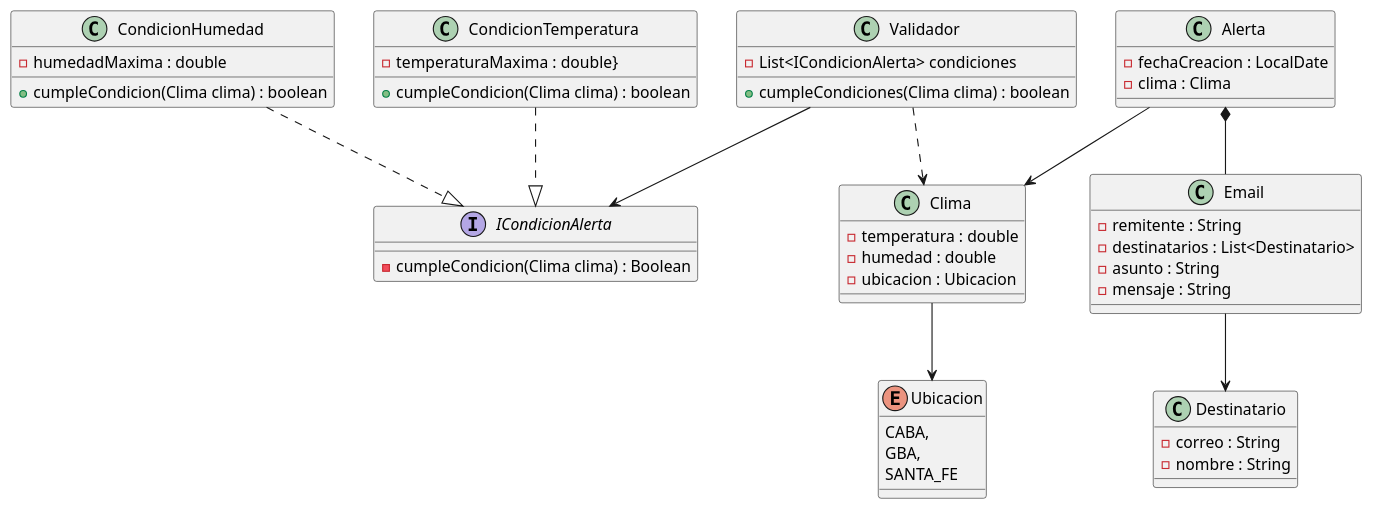
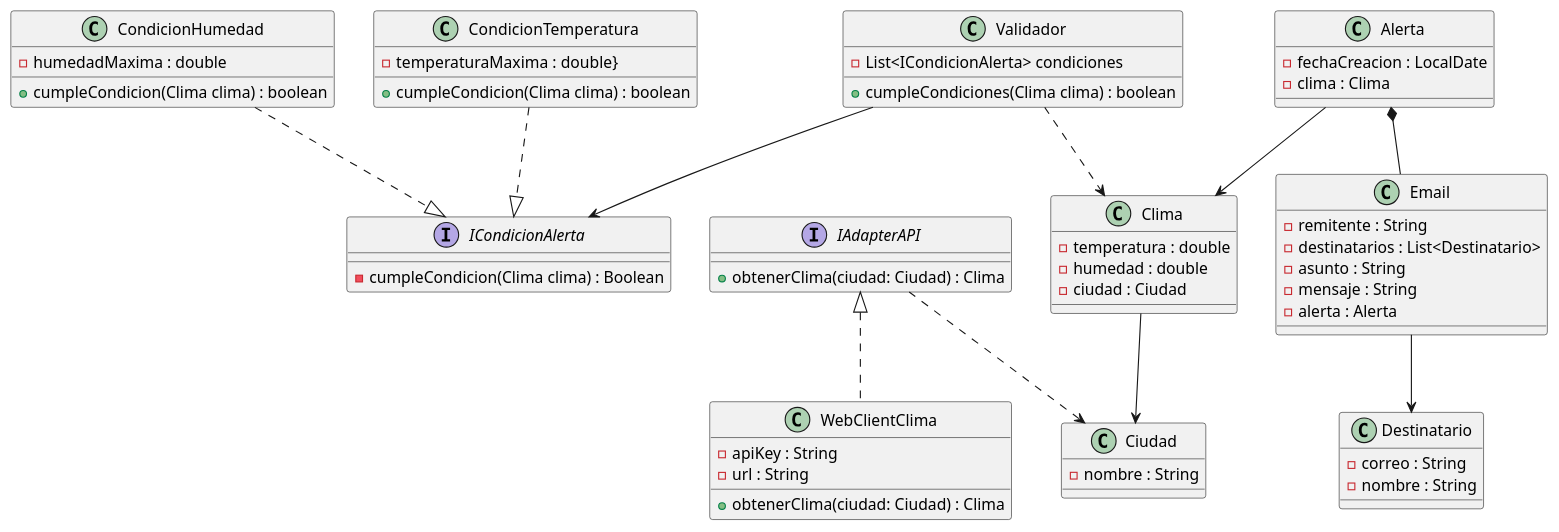
The diagram in climalert/Clases.puml (leocantero/dsi-2025), drawn with PlantUML before and after one commit. The commit also changed 24 other files, not shown here.

```diff
--- a/climalert/Clases.puml
+++ b/climalert/Clases.puml
@@ -1,58 +1,70 @@
 @startuml
 class Clima {
     - temperatura : double
     - humedad : double
-    - ubicacion : Ubicacion
+    - ciudad : Ciudad
 }
 
 class Validador {
     - List<ICondicionAlerta> condiciones
     + cumpleCondiciones(Clima clima) : boolean
 }
 
-interface ICondicionAlerta{
+interface ICondicionAlerta {
     -cumpleCondicion(Clima clima) : Boolean
 }
 
 class CondicionHumedad{
     - humedadMaxima : double
     + cumpleCondicion(Clima clima) : boolean
 }
 
 class CondicionTemperatura {
     - temperaturaMaxima : double}
     + cumpleCondicion(Clima clima) : boolean
 }
 
-enum Ubicacion {
-    CABA,
-    GBA,
-    SANTA_FE
+class Ciudad {
+    - nombre : String
+
 }
+
+interface IAdapterAPI{
+    + obtenerClima(ciudad: Ciudad) : Clima
+}
+
+class WebClientClima implements IAdapterAPI {
+    - apiKey : String
+    - url : String
+
+    + obtenerClima(ciudad: Ciudad) : Clima
+    }
 
 class Email{
     - remitente : String
     - destinatarios : List<Destinatario>
     - asunto : String
     - mensaje : String
+    - alerta : Alerta
 }
 
 class Destinatario{
     - correo : String
     - nombre : String
 }
 
 class Alerta{
     - fechaCreacion : LocalDate
     - clima : Clima
 }
 
+IAdapterAPI ..> Ciudad
+Clima --> Ciudad
 Validador ..> Clima
 Validador --> ICondicionAlerta
 CondicionTemperatura ..|> ICondicionAlerta
 CondicionHumedad     ..|> ICondicionAlerta
-Clima --> Ubicacion
 Alerta --> Clima
 Alerta *-- Email
 Email --> Destinatario
 @enduml
```
